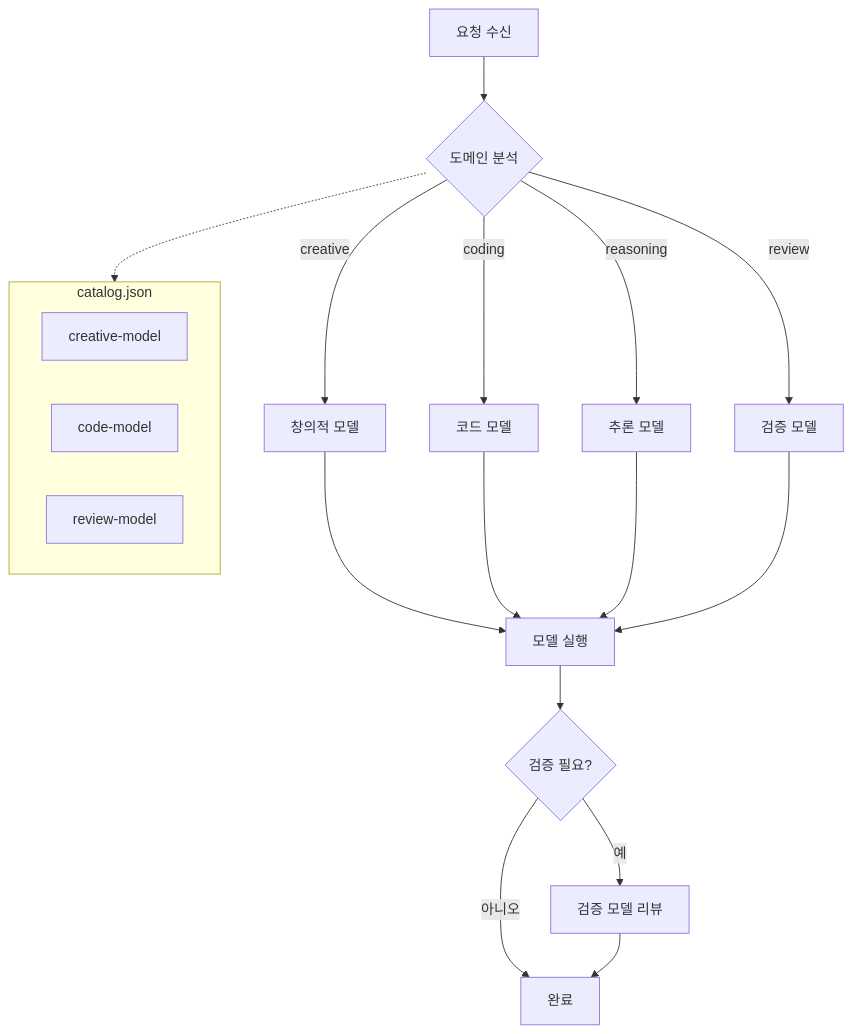
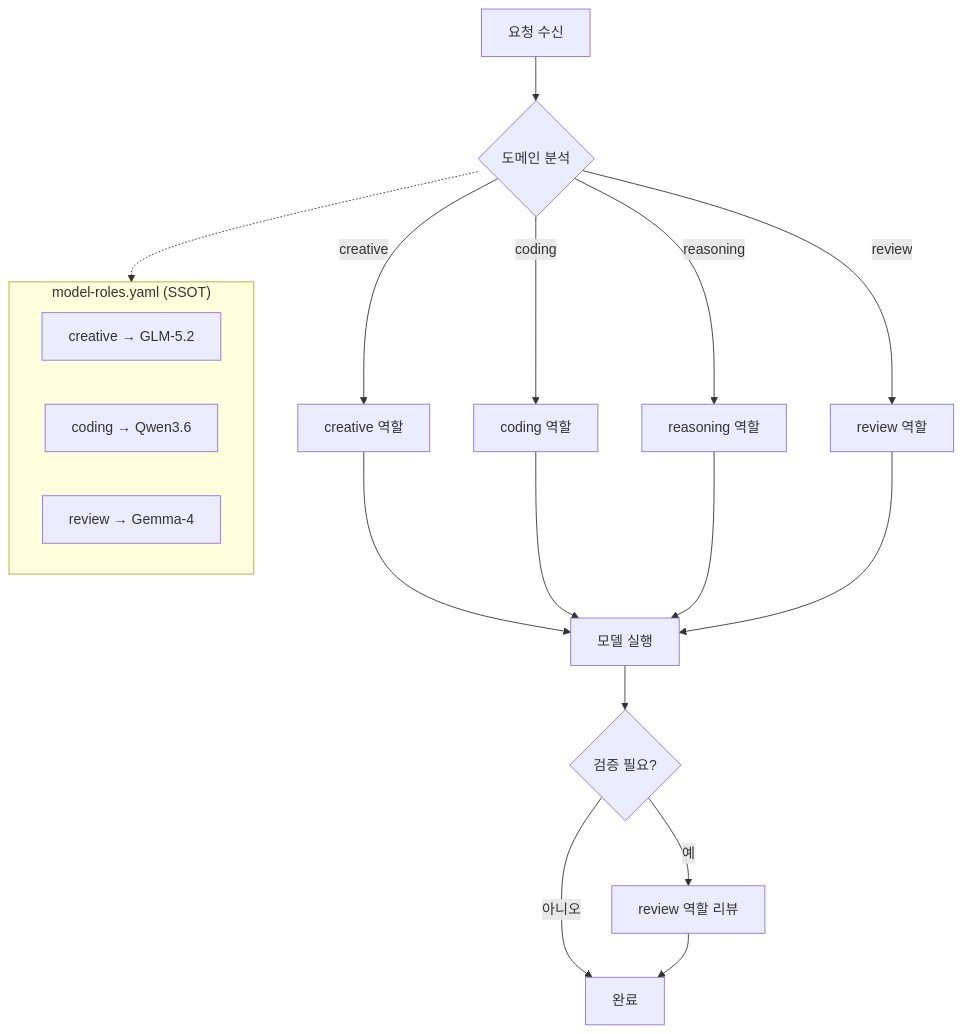
The first of 3 diagrams in docs/wiki/guides/model-routing.md (pheanor-agent/p-hermes), drawn with Mermaid before and after one commit. The commit also changed other lines of this file and 11 other files, not shown here.

````diff
--- a/docs/wiki/guides/model-routing.md
+++ b/docs/wiki/guides/model-routing.md
@@ -23,22 +70,22 @@
 ```mermaid
 flowchart TD
     A[요청 수신] --> B{도메인 분석}
-    B -->|creative| C1[창의적 모델]
-    B -->|coding| C2[코드 모델]
-    B -->|reasoning| C3[추론 모델]
-    B -->|review| C4[검증 모델]
+    B -->|creative| C1[creative 역할]
+    B -->|coding| C2[coding 역할]
+    B -->|reasoning| C3[reasoning 역할]
+    B -->|review| C4[review 역할]
 
     C1 & C2 & C3 & C4 --> D[모델 실행]
     D --> E{검증 필요?}
-    E -->|예| F[검증 모델 리뷰]
+    E -->|예| F[review 역할 리뷰]
     E -->|아니오| G[완료]
     F --> G
 
-    subgraph Catalog["catalog.json"]
-        M1["creative-model"]
-        M2["code-model"]
-        M3["review-model"]
+    subgraph Roles["model-roles.yaml (SSOT)"]
+        R1["creative → GLM-5.2"]
+        R2["coding → Qwen3.6"]
+        R3["review → Gemma-4"]
     end
 
-    B -.-> Catalog
+    B -.-> Roles
 ```
````
